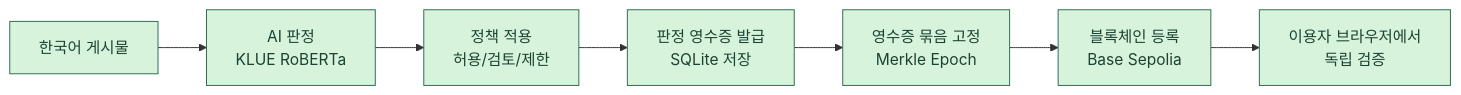
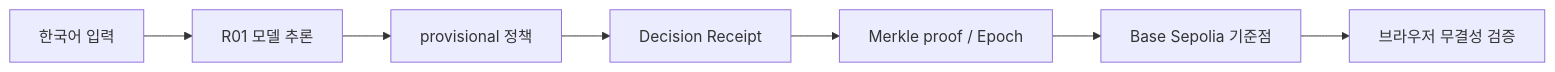
Before and after one commit to jujinho03/verimod: the diagram in README.md, drawn with Mermaid. The commit also changed other lines of this file and 16 other files, not shown here.

````diff
--- a/README.md
+++ b/README.md
@@ -35,11 +29,9 @@
 ```mermaid
 flowchart LR
-  A[한국어 게시물] --> B[AI 판정<br/>KLUE RoBERTa]
-  B --> C[정책 적용<br/>허용/검토/제한]
-  C --> D[판정 영수증 발급<br/>SQLite 저장]
-  D --> E[영수증 묶음 고정<br/>Merkle Epoch]
-  E --> F[블록체인 등록<br/>Base Sepolia]
-  F --> G[이용자 브라우저에서<br/>독립 검증]
-  classDef done fill:#d8f3dc,stroke:#2d6a4f,color:#1b4332
-  class A,B,C,D,E,F,G done
+  A["한국어 입력"] --> B["R01 모델 추론"]
+  B --> C["provisional 정책"]
+  C --> D["Decision Receipt"]
+  D --> E["Merkle proof / Epoch"]
+  E --> F["Base Sepolia 기준점"]
+  F --> G["브라우저 무결성 검증"]
 ```
````
